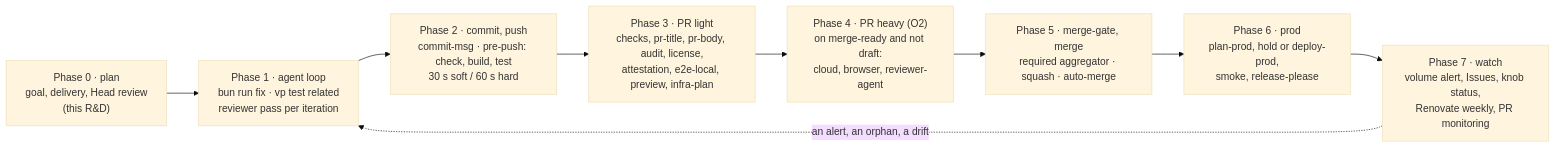
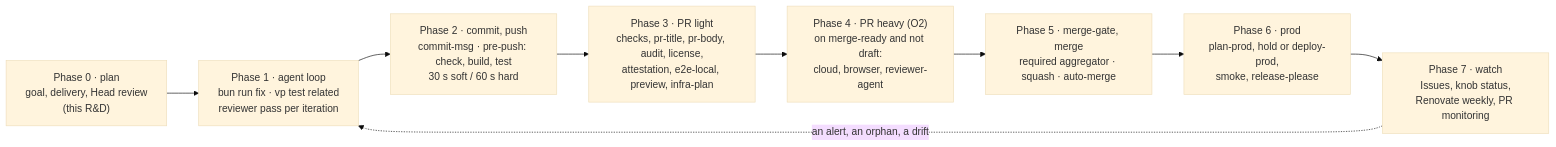
Before and after one commit to aidenzepp/cf-template: the seventh of 7 diagrams in docs/architecture.md, drawn with Mermaid (base theme). The commit also changed other lines of this file and 47 other files, not shown here.

````diff
--- a/docs/architecture.md
+++ b/docs/architecture.md
@@ -575,13 +575,13 @@
 ```mermaid
 flowchart LR
   P0["Phase 0 · plan<br/>goal, delivery, Head review<br/>(this R&amp;D)"]
   P1["Phase 1 · agent loop<br/>bun run fix · vp test related<br/>reviewer pass per iteration"]
   P2["Phase 2 · commit, push<br/>commit-msg · pre-push: check, build, test<br/>30 s soft / 60 s hard"]
   P3["Phase 3 · PR light<br/>checks, pr-title, pr-body, audit, license,<br/>attestation, e2e-local, preview, infra-plan"]
   P4["Phase 4 · PR heavy (O2)<br/>on merge-ready and not draft:<br/>cloud, browser, reviewer-agent"]
   P5["Phase 5 · merge-gate, merge<br/>required aggregator · squash · auto-merge"]
   P6["Phase 6 · prod<br/>plan-prod, hold or deploy-prod,<br/>smoke, release-please"]
-  P7["Phase 7 · watch<br/>volume alert, Issues, knob status,<br/>Renovate weekly, PR monitoring"]
+  P7["Phase 7 · watch<br/>Issues, knob status,<br/>Renovate weekly, PR monitoring"]
   P0 --> P1 --> P2 --> P3 --> P4 --> P5 --> P6 --> P7
   P7 -. "an alert, an orphan, a drift" .-> P1
 ```
````
